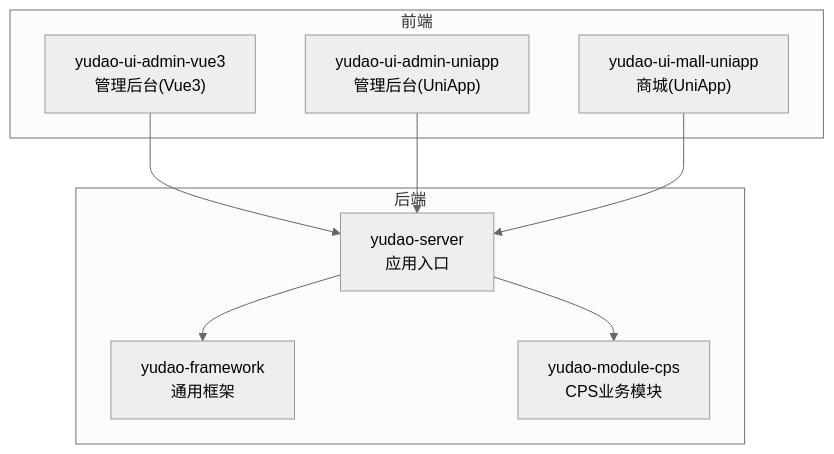
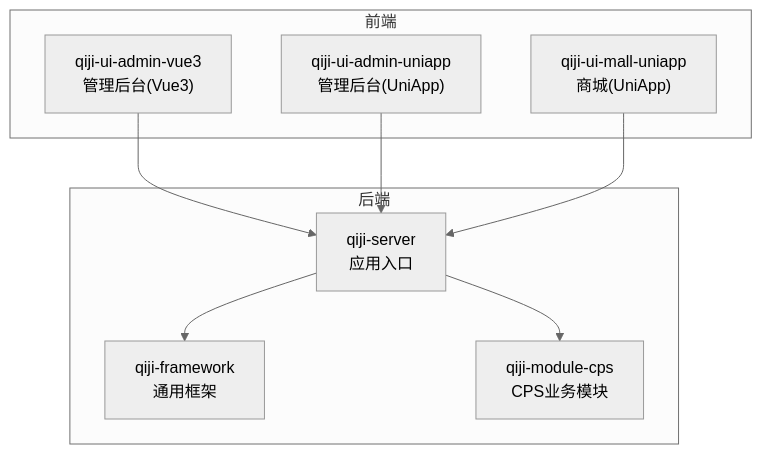
One commit to zhuangpengLI/AgenticCPS changed the first of 7 diagrams in backend/.qoder/repowiki/zh/content/开发指南/代码规范与最佳实践.md. Above: the diagram before and after it, drawn with Mermaid (neutral theme). The commit also changed other lines of this file and 3489 other files, not shown here.

````diff
--- a/backend/.qoder/repowiki/zh/content/开发指南/代码规范与最佳实践.md
+++ b/backend/.qoder/repowiki/zh/content/开发指南/代码规范与最佳实践.md
@@ -37,18 +37,18 @@
 ```mermaid
 graph TB
 subgraph "后端"
-A["yudao-framework<br/>通用框架"]
-B["yudao-module-cps<br/>CPS业务模块"]
-C["yudao-server<br/>应用入口"]
+A["qiji-framework<br/>通用框架"]
+B["qiji-module-cps<br/>CPS业务模块"]
+C["qiji-server<br/>应用入口"]
 end
 subgraph "前端"
-D["yudao-ui-admin-vue3<br/>管理后台(Vue3)"]
-E["yudao-ui-admin-uniapp<br/>管理后台(UniApp)"]
-F["yudao-ui-mall-uniapp<br/>商城(UniApp)"]
+D["qiji-ui-admin-vue3<br/>管理后台(Vue3)"]
+E["qiji-ui-admin-uniapp<br/>管理后台(UniApp)"]
+F["qiji-ui-mall-uniapp<br/>商城(UniApp)"]
 end
 C --> A
 C --> B
 D --> C
 E --> C
 F --> C
 ```
````
